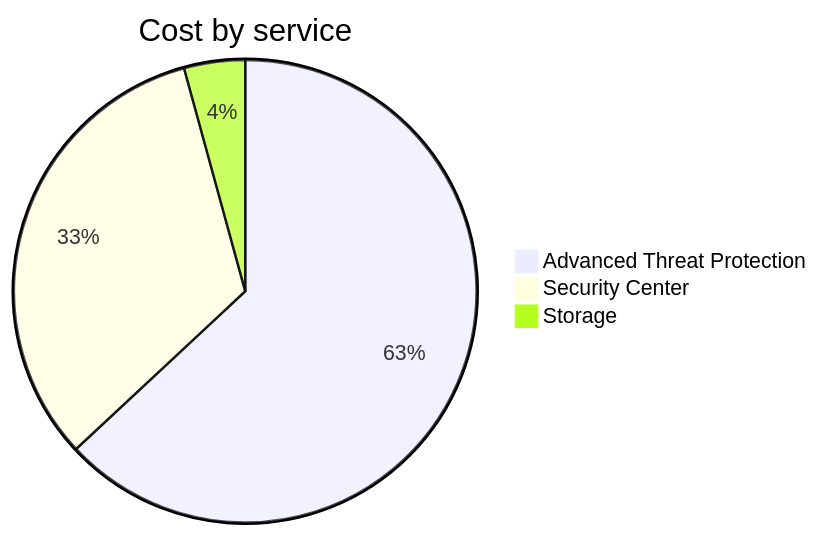
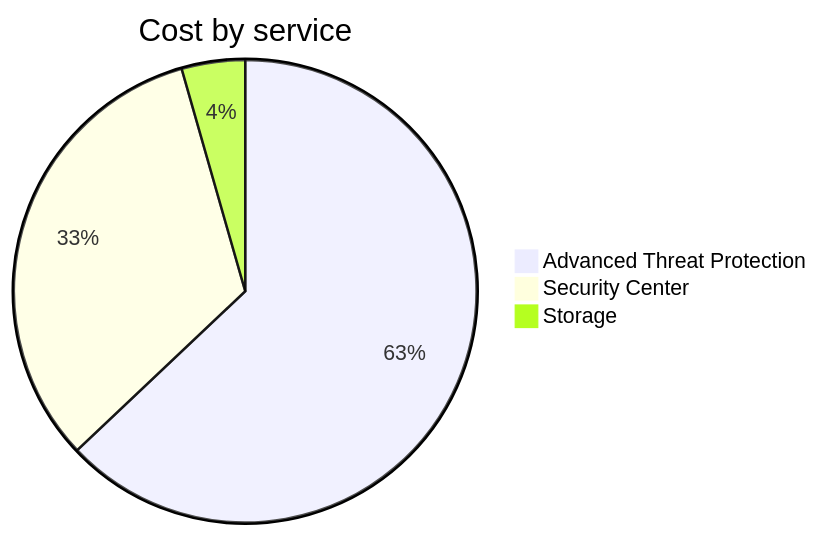
Before and after one commit to jpfulton/azure-personal-reports: the second of 4 diagrams in cost-reports/cloud-shell-storage-eastus/README.md, drawn with Mermaid. The commit also changed other lines of this file and 1 other file, not shown here.

````diff
--- a/cost-reports/cloud-shell-storage-eastus/README.md
+++ b/cost-reports/cloud-shell-storage-eastus/README.md
@@ -95,7 +95,7 @@
 ```mermaid
 pie
    title Cost by service
    "Advanced Threat Protection" : 3.55
    "Security Center" : 1.84
-   "Storage" : 0.24
+   "Storage" : 0.25
 ```
````
